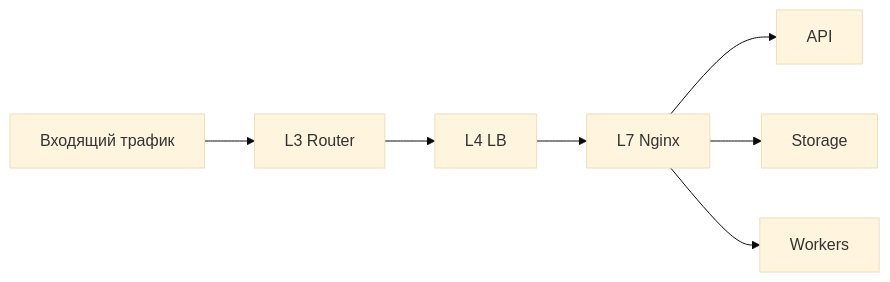
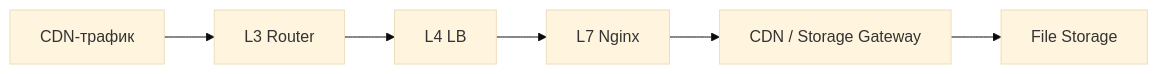
Before and after one commit to SharkyJunior/VK-Highload-Coursework: the third of 4 diagrams in README.md, drawn with Mermaid (base theme). The commit also changed other lines of this file, not shown here.

````diff
--- a/README.md
+++ b/README.md
@@ -408,9 +407,8 @@
 ```mermaid
 flowchart LR
-    A[Входящий трафик] --> B[L3 Router]
+    A[CDN-трафик] --> B[L3 Router]
     B --> C[L4 LB]
     C --> D[L7 Nginx]
-    D --> E[API]
-    D --> F[Storage]
-    D --> G[Workers]
+    D --> E[CDN / Storage Gateway]
+    E --> F[File Storage]
 ```
````
